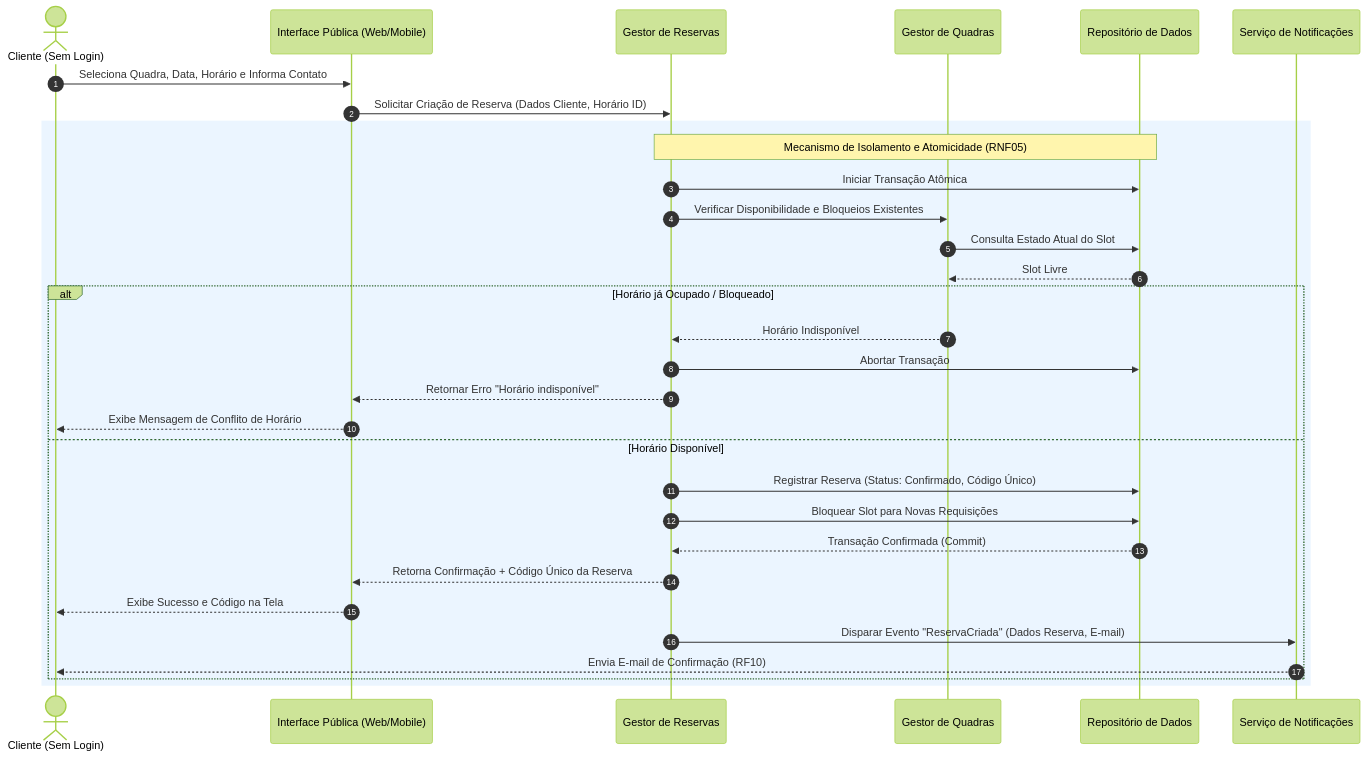
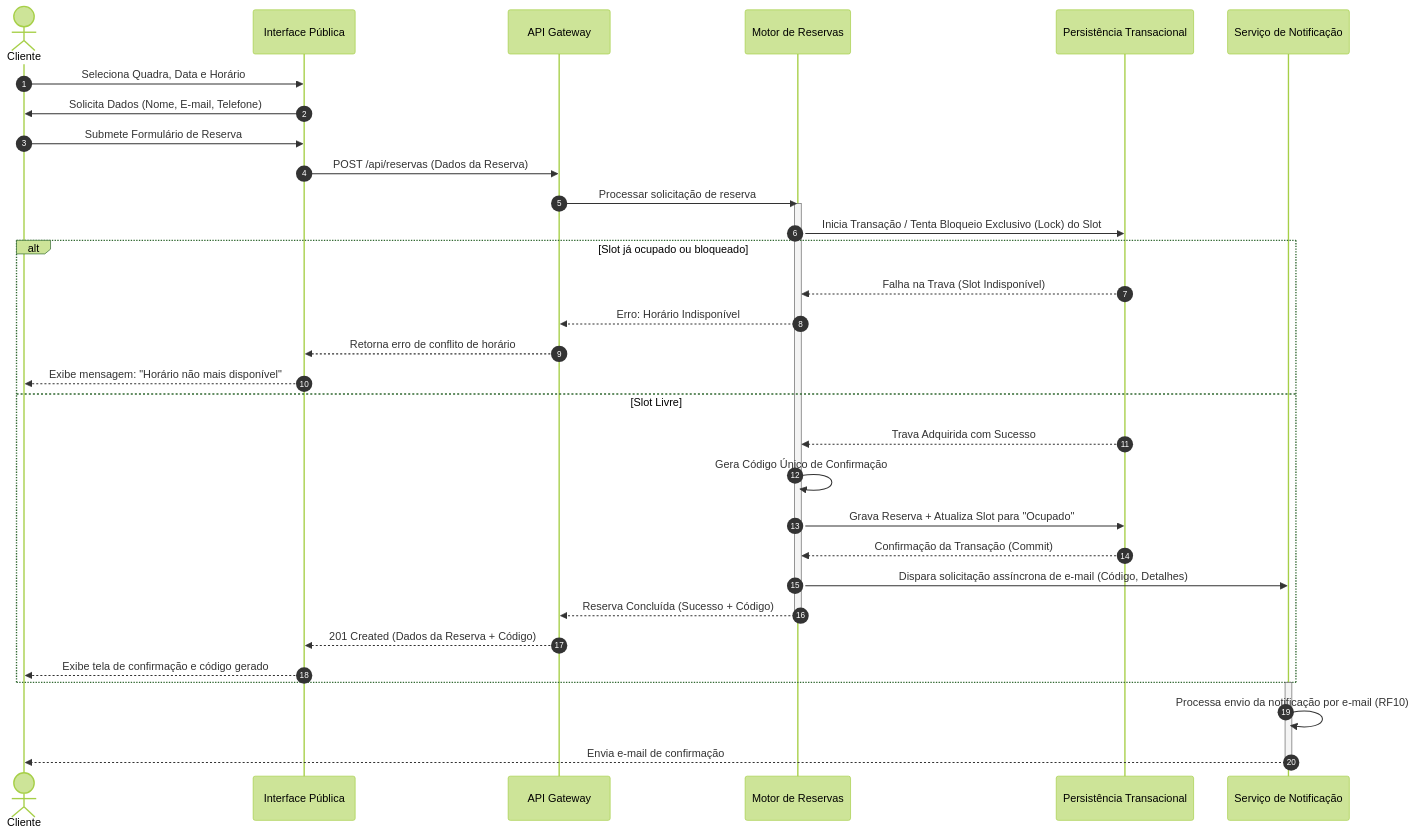
One commit to PDC-ESIA/AI4ES changed the second of 2 diagrams in docs/Time_2_Design/analise-qualitativa/outputs/relatorio_gemini_3_6_flash_P05.md. Above: the diagram before and after it, drawn with Mermaid (forest theme). The commit also changed other lines of this file and 107 other files, not shown here.

````diff
--- a/docs/Time_2_Design/analise-qualitativa/outputs/relatorio_gemini_3_6_flash_P05.md
+++ b/docs/Time_2_Design/analise-qualitativa/outputs/relatorio_gemini_3_6_flash_P05.md
@@ -82,38 +71,40 @@
 ```mermaid
 sequenceDiagram
     autonumber
-    actor Cliente as Cliente (Sem Login)
-    participant UI as Interface Pública (Web/Mobile)
-    participant Core as Gestor de Reservas
-    participant Quadra as Gestor de Quadras
-    participant Repo as Repositório de Dados
-    participant Notif as Serviço de Notificações
+    actor Cliente
+    participant UI as Interface Pública
+    participant GW as API Gateway
+    participant MR as Motor de Reservas
+    participant BD as Persistência Transacional
+    participant SN as Serviço de Notificação
 
-    Cliente ->> UI: Seleciona Quadra, Data, Horário e Informa Contato
-    UI ->> Core: Solicitar Criação de Reserva (Dados Cliente, Horário ID)
-    
-    rect rgb(235, 245, 255)
-        note over Core, Repo: Mecanismo de Isolamento e Atomicidade (RNF05)
-        Core ->> Repo: Iniciar Transação Atômica
-        Core ->> Quadra: Verificar Disponibilidade e Bloqueios Existentes
-        Quadra ->> Repo: Consulta Estado Atual do Slot
-        Repo -->> Quadra: Slot Livre
+    Cliente ->> UI: Seleciona Quadra, Data e Horário
+    UI ->> Cliente: Solicita Dados (Nome, E-mail, Telefone)
+    Cliente ->> UI: Submete Formulário de Reserva
+    UI ->> GW: POST /api/reservas (Dados da Reserva)
+    GW ->> MR: Processar solicitação de reserva
 
-        alt Horário já Ocupado / Bloqueado
-            Quadra -->> Core: Horário Indisponível
-            Core ->> Repo: Abortar Transação
-            Core -->> UI: Retornar Erro "Horário indisponível"
-            UI -->> Cliente: Exibe Mensagem de Conflito de Horário
-        else Horário Disponível
-            Core ->> Repo: Registrar Reserva (Status: Confirmado, Código Único)
-            Core ->> Repo: Bloquear Slot para Novas Requisições
-            Repo -->> Core: Transação Confirmada (Commit)
-            Core -->> UI: Retorna Confirmação + Código Único da Reserva
-            UI -->> Cliente: Exibe Sucesso e Código na Tela
-            
-            %% Envio de E-mail Assíncrono
-            Core ->> Notif: Disparar Evento "ReservaCriada" (Dados Reserva, E-mail)
-            Notif -->> Cliente: Envia E-mail de Confirmação (RF10)
-        end
+    activate MR
+    MR ->> BD: Inicia Transação / Tenta Bloqueio Exclusivo (Lock) do Slot
+    alt Slot já ocupado ou bloqueado
+        BD -->> MR: Falha na Trava (Slot Indisponível)
+        MR -->> GW: Erro: Horário Indisponível
+        GW -->> UI: Retorna erro de conflito de horário
+        UI -->> Cliente: Exibe mensagem: "Horário não mais disponível"
+    else Slot Livre
+        BD -->> MR: Trava Adquirida com Sucesso
+        MR ->> MR: Gera Código Único de Confirmação
+        MR ->> BD: Grava Reserva + Atualiza Slot para "Ocupado"
+        BD -->> MR: Confirmação da Transação (Commit)
+        MR ->> SN: Dispara solicitação assíncrona de e-mail (Código, Detalhes)
+        MR -->> GW: Reserva Concluída (Sucesso + Código)
+        deactivate MR
+        GW -->> UI: 201 Created (Dados da Reserva + Código)
+        UI -->> Cliente: Exibe tela de confirmação e código gerado
     end
+
+    activate SN
+    SN ->> SN: Processa envio da notificação por e-mail (RF10)
+    SN -->> Cliente: Envia e-mail de confirmação
+    deactivate SN
 ```
````
